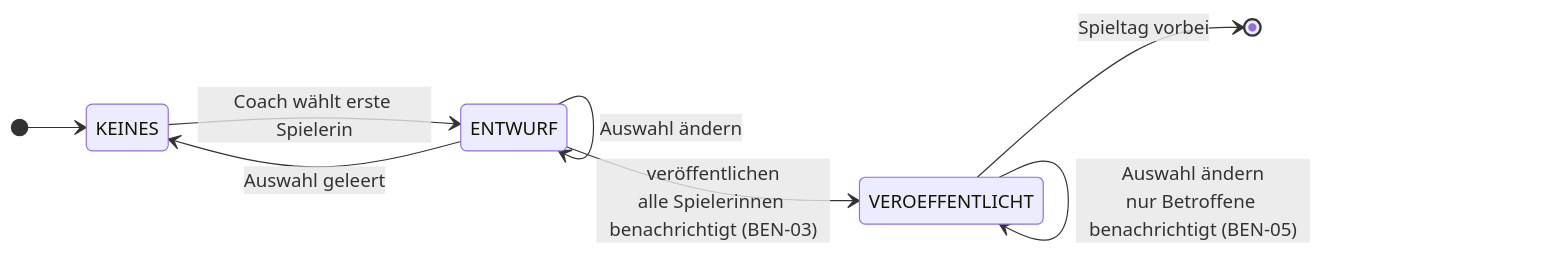
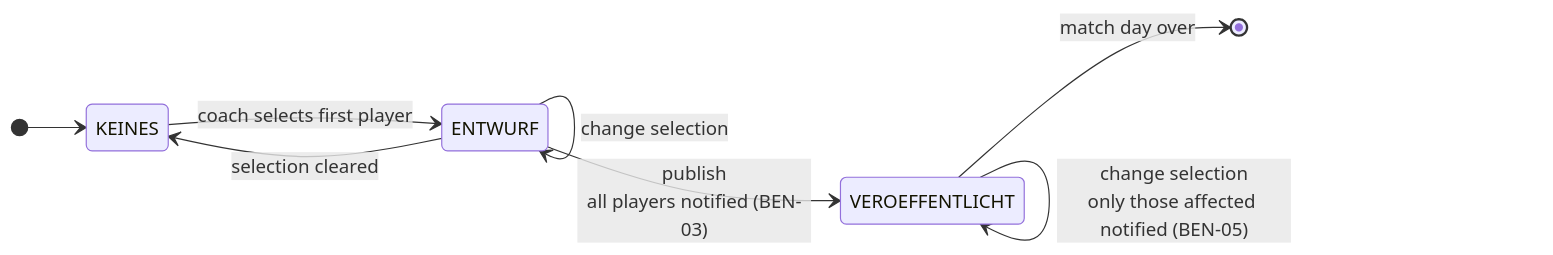
The fourth of 13 diagrams in docs/states.md (cyrilleulmi/StvBeroPlatform), drawn with Mermaid before and after one commit. The commit also changed other lines of this file and 19 other files, not shown here.

````diff
--- a/docs/states.md
+++ b/docs/states.md
@@ -107,11 +109,11 @@
 ```mermaid
 stateDiagram-v2
     direction LR
     [*] --> KEINES
-    KEINES --> ENTWURF: Coach wählt erste Spielerin
-    ENTWURF --> ENTWURF: Auswahl ändern
-    ENTWURF --> KEINES: Auswahl geleert
-    ENTWURF --> VEROEFFENTLICHT: veröffentlichen<br/>alle Spielerinnen benachrichtigt (BEN-03)
-    VEROEFFENTLICHT --> VEROEFFENTLICHT: Auswahl ändern<br/>nur Betroffene benachrichtigt (BEN-05)
-    VEROEFFENTLICHT --> [*]: Spieltag vorbei
+    KEINES --> ENTWURF: coach selects first player
+    ENTWURF --> ENTWURF: change selection
+    ENTWURF --> KEINES: selection cleared
+    ENTWURF --> VEROEFFENTLICHT: publish<br/>all players notified (BEN-03)
+    VEROEFFENTLICHT --> VEROEFFENTLICHT: change selection<br/>only those affected notified (BEN-05)
+    VEROEFFENTLICHT --> [*]: match day over
 ```
````
